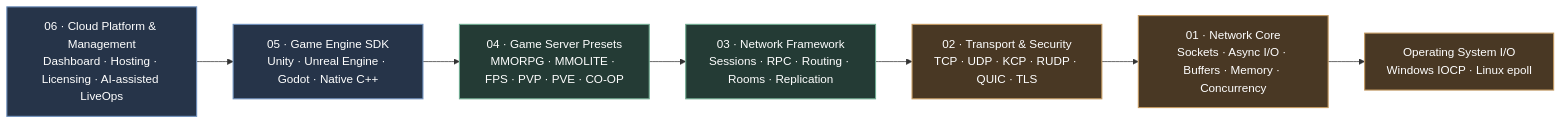
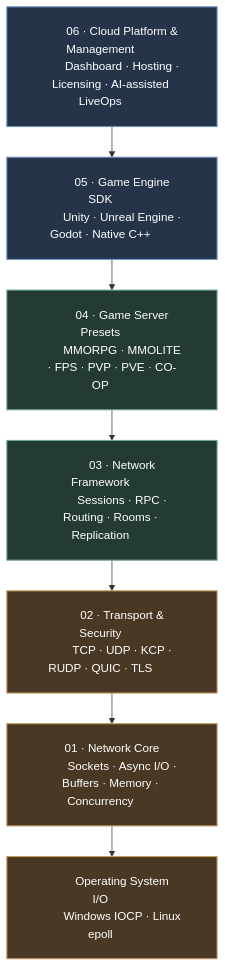
The diagram in README.md (Akadals/LyntraNet), drawn with Mermaid before and after one commit.

Commit message:
docs: widen vertical architecture diagram

````diff
--- a/README.md
+++ b/README.md
@@ -101,19 +101,20 @@
 ```mermaid
-flowchart LR
-    L6["06 · Cloud Platform & Management<br/>Dashboard · Hosting · Licensing · AI-assisted LiveOps"]
-    L5["05 · Game Engine SDK<br/>Unity · Unreal Engine · Godot · Native C++"]
-    L4["04 · Game Server Presets<br/>MMORPG · MMOLITE · FPS · PVP · PVE · CO-OP"]
-    L3["03 · Network Framework<br/>Sessions · RPC · Routing · Rooms · Replication"]
-    L2["02 · Transport & Security<br/>TCP · UDP · KCP · RUDP · QUIC · TLS"]
-    L1["01 · Network Core<br/>Sockets · Async I/O · Buffers · Memory · Concurrency"]
-    OS["Operating System I/O<br/>Windows IOCP · Linux epoll"]
+%%{init: {"flowchart": {"nodeSpacing": 28, "rankSpacing": 42, "padding": 22}}}%%
+flowchart TB
+    L6["&emsp;&emsp;06 · Cloud Platform & Management&emsp;&emsp;<br/>&emsp;&emsp;Dashboard · Hosting · Licensing · AI-assisted LiveOps&emsp;&emsp;"]
+    L5["&emsp;&emsp;05 · Game Engine SDK&emsp;&emsp;<br/>&emsp;&emsp;Unity · Unreal Engine · Godot · Native C++&emsp;&emsp;"]
+    L4["&emsp;&emsp;04 · Game Server Presets&emsp;&emsp;<br/>&emsp;&emsp;MMORPG · MMOLITE · FPS · PVP · PVE · CO-OP&emsp;&emsp;"]
+    L3["&emsp;&emsp;03 · Network Framework&emsp;&emsp;<br/>&emsp;&emsp;Sessions · RPC · Routing · Rooms · Replication&emsp;&emsp;"]
+    L2["&emsp;&emsp;02 · Transport & Security&emsp;&emsp;<br/>&emsp;&emsp;TCP · UDP · KCP · RUDP · QUIC · TLS&emsp;&emsp;"]
+    L1["&emsp;&emsp;01 · Network Core&emsp;&emsp;<br/>&emsp;&emsp;Sockets · Async I/O · Buffers · Memory · Concurrency&emsp;&emsp;"]
+    OS["&emsp;&emsp;Operating System I/O&emsp;&emsp;<br/>&emsp;&emsp;Windows IOCP · Linux epoll&emsp;&emsp;"]
 
     L6 --> L5 --> L4 --> L3 --> L2 --> L1 --> OS
 
     classDef platform fill:#263449,stroke:#6f91bd,color:#ffffff,stroke-width:1.5px
     classDef framework fill:#243b35,stroke:#70aa91,color:#ffffff,stroke-width:1.5px
     classDef core fill:#493824,stroke:#c49a62,color:#ffffff,stroke-width:1.5px
     class L6,L5 platform
     class L4,L3 framework
     class L2,L1,OS core
 ```
````
